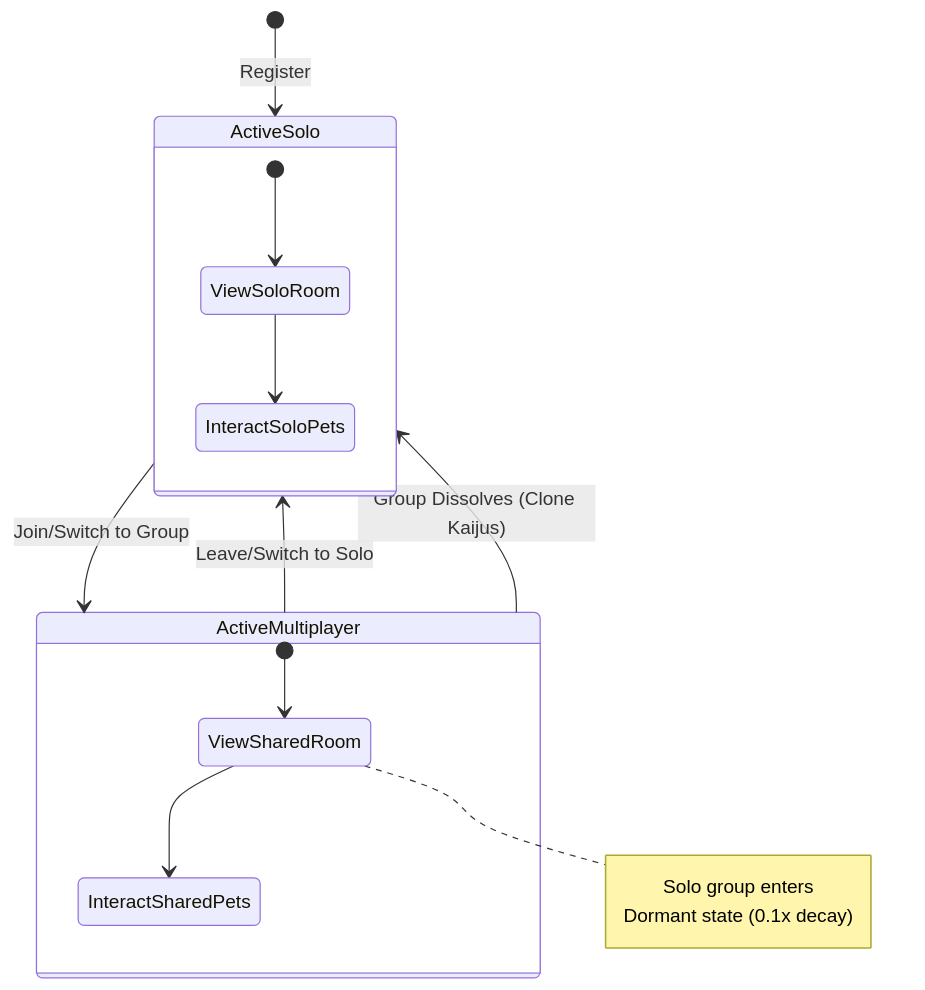
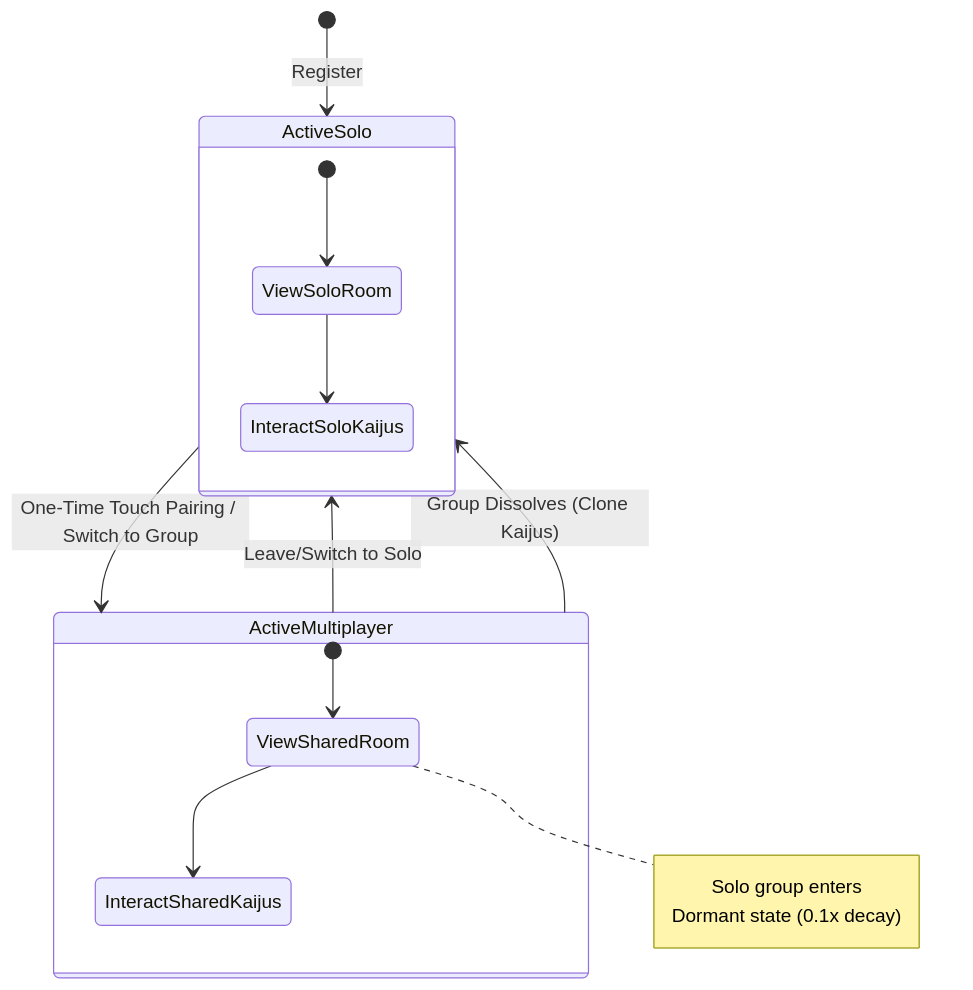
Before and after one commit to TheMrCorvy/HATCH.REF: the diagram in Documentation/Ownership/03-solo-to-group-transitions.md, drawn with Mermaid. The commit also changed other lines of this file and 55 other files, not shown here.

````diff
--- a/Documentation/Ownership/03-solo-to-group-transitions.md
+++ b/Documentation/Ownership/03-solo-to-group-transitions.md
@@ -25,23 +24,23 @@
 ```mermaid
 stateDiagram-v2
     [*] --> ActiveSolo: Register
     
     state ActiveSolo {
         [*] --> ViewSoloRoom
-        ViewSoloRoom --> InteractSoloPets
+        ViewSoloRoom --> InteractSoloKaijus
     }
     
-    ActiveSolo --> ActiveMultiplayer: Join/Switch to Group
+    ActiveSolo --> ActiveMultiplayer: One-Time Touch Pairing / Switch to Group
     
     state ActiveMultiplayer {
         [*] --> ViewSharedRoom
-        ViewSharedRoom --> InteractSharedPets
+        ViewSharedRoom --> InteractSharedKaijus
         note right of ViewSharedRoom
             Solo group enters 
             Dormant state (0.1x decay)
         end note
     }
     
     ActiveMultiplayer --> ActiveSolo: Leave/Switch to Solo
     ActiveMultiplayer --> ActiveSolo: Group Dissolves (Clone Kaijus)
 ```
````
